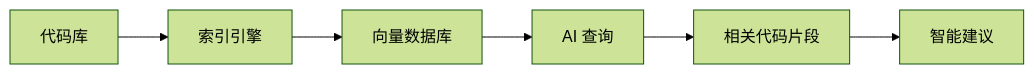
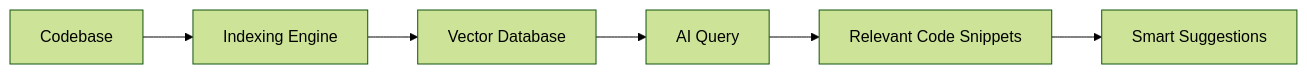
Before and after one commit to DDR187/cursor-howto: the first of 6 diagrams in 03-codebase-indexing/README.md, drawn with Mermaid (forest theme). The commit also changed other lines of this file and 22 other files, not shown here.

````diff
--- a/03-codebase-indexing/README.md
+++ b/03-codebase-indexing/README.md
@@ -27,8 +27,8 @@
 ```mermaid
 flowchart LR
-    A[代码库] --> B[索引引擎]
-    B --> C[向量数据库]
-    C --> D[AI 查询]
-    D --> E[相关代码片段]
-    E --> F[智能建议]
+    A[Codebase] --> B[Indexing Engine]
+    B --> C[Vector Database]
+    C --> D[AI Query]
+    D --> E[Relevant Code Snippets]
+    E --> F[Smart Suggestions]
 ```
````
